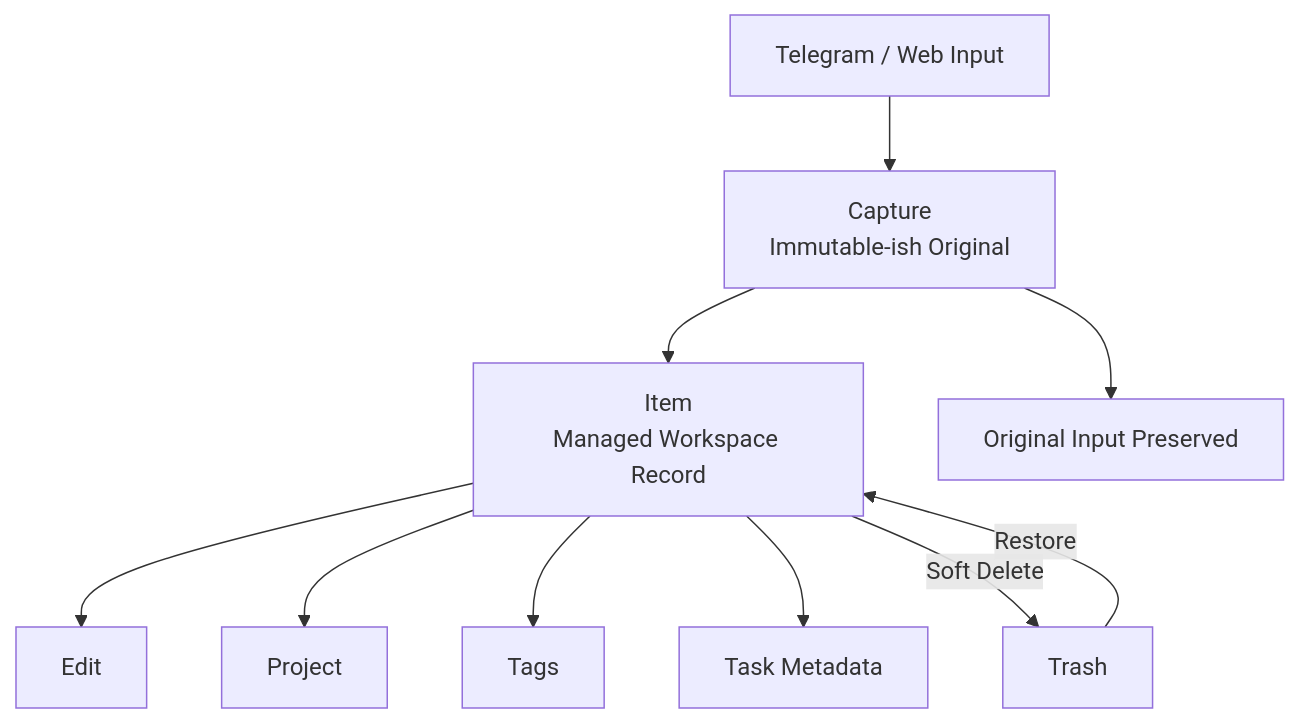
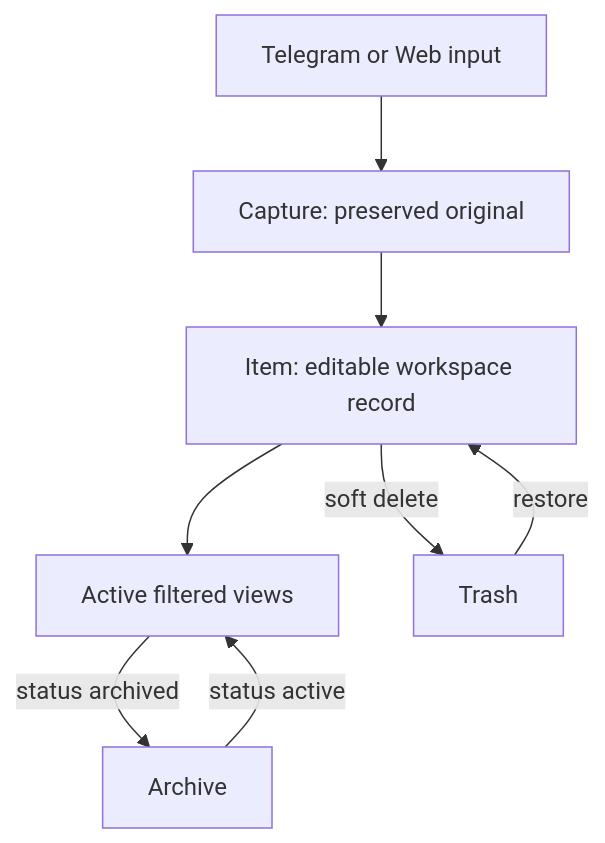
The fourth of 11 diagrams in docs/DEVELOPMENT_FLOW.md (Transient-Onlooker/tg-note-agent-web), drawn with Mermaid before and after one commit. The commit also changed other lines of this file, not shown here.

Commit message:
Improve development workflow diagrams

````diff
--- a/docs/DEVELOPMENT_FLOW.md
+++ b/docs/DEVELOPMENT_FLOW.md
@@ -120,22 +106,17 @@
 ```mermaid
 flowchart TD
-
-    INPUT[Telegram / Web Input]
-
-    CAPTURE[Capture<br/>Immutable-ish Original]
-    ITEM[Item<br/>Managed Workspace Record]
+    INPUT[Telegram or Web input]
+    CAPTURE[Capture: preserved original]
+    ITEM[Item: editable workspace record]
+    ACTIVE[Active filtered views]
+    ARCHIVE[Archive]
+    TRASH[Trash]
 
     INPUT --> CAPTURE
     CAPTURE --> ITEM
-
-    ITEM --> EDIT[Edit]
-    ITEM --> PROJECT[Project]
-    ITEM --> TAG[Tags]
-    ITEM --> TASK[Task Metadata]
-
-    ITEM -->|Soft Delete| TRASH[Trash]
-
-    TRASH -->|Restore| ITEM
-
-    CAPTURE --> ORIGINAL[Original Input Preserved]
+    ITEM --> ACTIVE
+    ACTIVE -->|status archived| ARCHIVE
+    ARCHIVE -->|status active| ACTIVE
+    ITEM -->|soft delete| TRASH
+    TRASH -->|restore| ITEM
 ```
````
